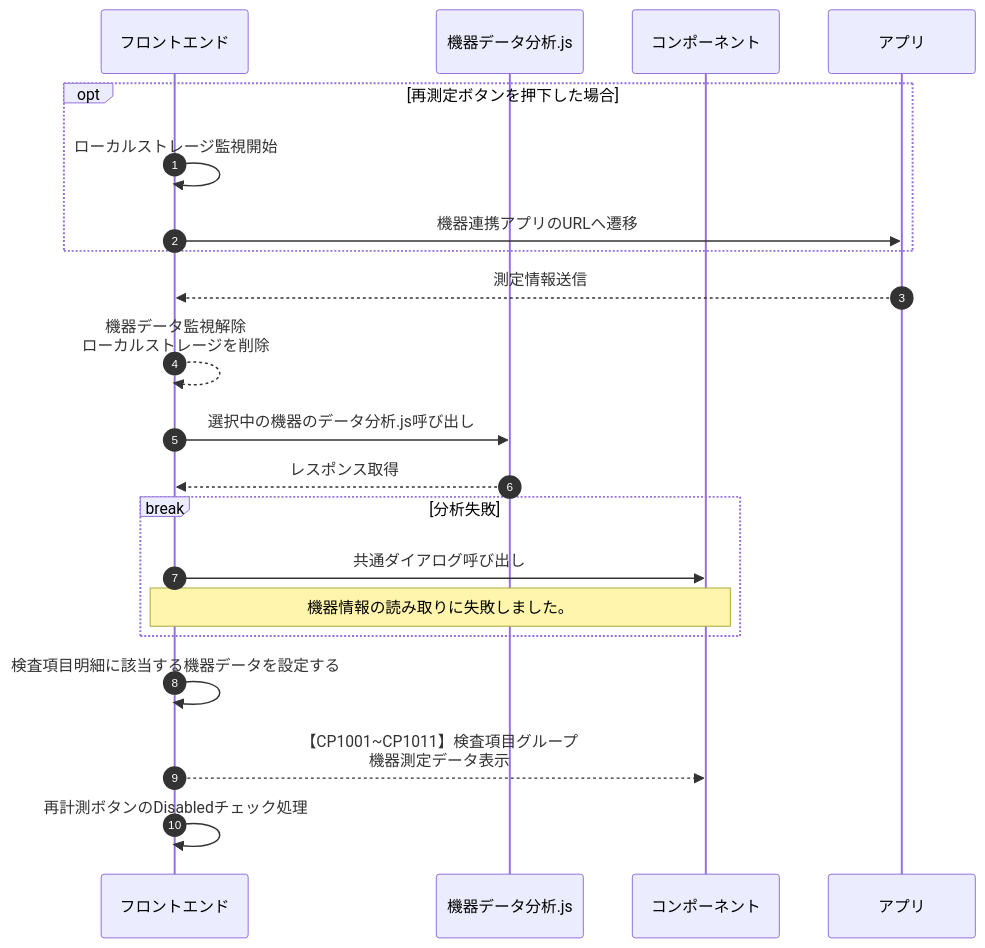
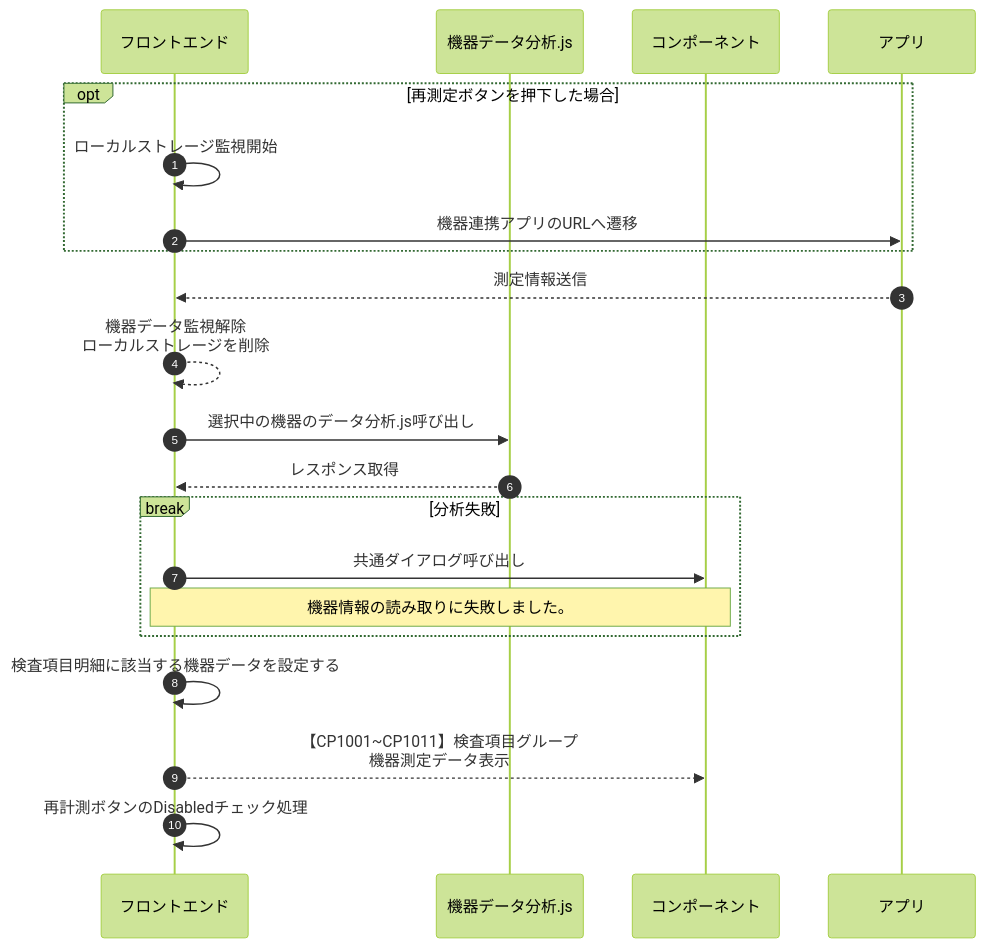
Before and after one commit to MrWangpeilin945/FlutterIOS: the diagram in Documents/UI設計書/src/docs/画面/SC0008_検査結果入力画面/SC0008-機器測定する.mmd, drawn with Mermaid. The commit also changed 1 other file, not shown here.

```diff
--- a/Documents/UI設計書/src/docs/画面/SC0008_検査結果入力画面/SC0008-機器測定する.mmd
+++ b/Documents/UI設計書/src/docs/画面/SC0008_検査結果入力画面/SC0008-機器測定する.mmd
@@ -1,23 +1,27 @@
+---
+config:
+  theme: forest
+---
 sequenceDiagram
   participant fe as フロントエンド
   participant ki as 機器データ分析.js
   participant cmp as コンポーネント
   participant app as アプリ
   autonumber
 
   opt 再測定ボタンを押下した場合
     fe ->>fe: ローカルストレージ監視開始
     fe ->>app: 機器連携アプリのURLへ遷移
   end
   app -->> fe: 測定情報送信
   fe -->>fe: 機器データ監視解除<br>ローカルストレージを削除
 
   fe ->> ki: 選択中の機器のデータ分析.js呼び出し
   ki -->> fe: レスポンス取得
   break 分析失敗
     fe ->>cmp: 共通ダイアログ呼び出し
     Note over fe,cmp: 機器情報の読み取りに失敗しました。
   end
   fe ->> fe: 検査項目明細に該当する機器データを設定する
   fe -->>cmp: 【CP1001~CP1011】検査項目グループ<br>機器測定データ表示
   fe ->> fe: 再計測ボタンのDisabledチェック処理
```
